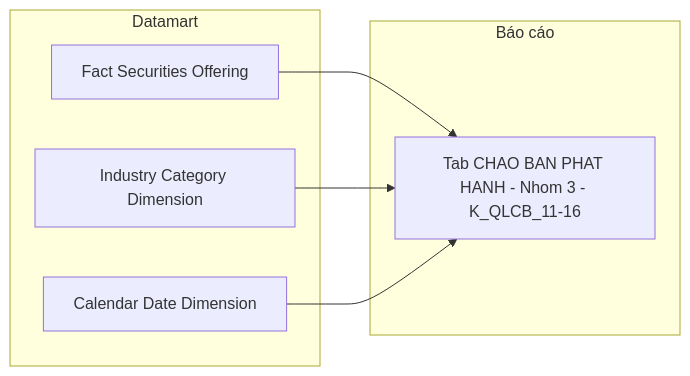
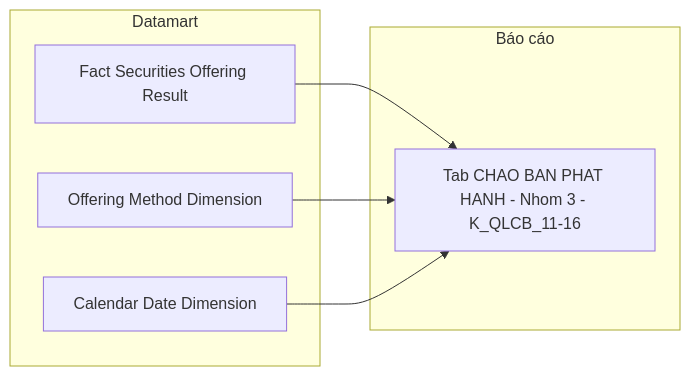
The ninth of 21 diagrams in Datamart/hld/DTM_QLCB_HLD.md (linhlvit/ubck_atomic_design), drawn with Mermaid before and after one commit. The commit also changed other lines of this file and 4 other files, not shown here.

````diff
--- a/Datamart/hld/DTM_QLCB_HLD.md
+++ b/Datamart/hld/DTM_QLCB_HLD.md
@@ -373,14 +435,14 @@
 ```mermaid
 flowchart LR
     subgraph Datamart["Datamart"]
-        G1["Fact Securities Offering"]
-        G3["Industry Category Dimension"]
+        G1["Fact Securities Offering Result"]
+        G3["Offering Method Dimension"]
         G4["Calendar Date Dimension"]
     end
     subgraph RPT["Báo cáo"]
         R3["Tab CHAO BAN PHAT HANH - Nhom 3 - K_QLCB_11-16"]
     end
     G1 --> R3
     G3 --> R3
     G4 --> R3
 ```
````
